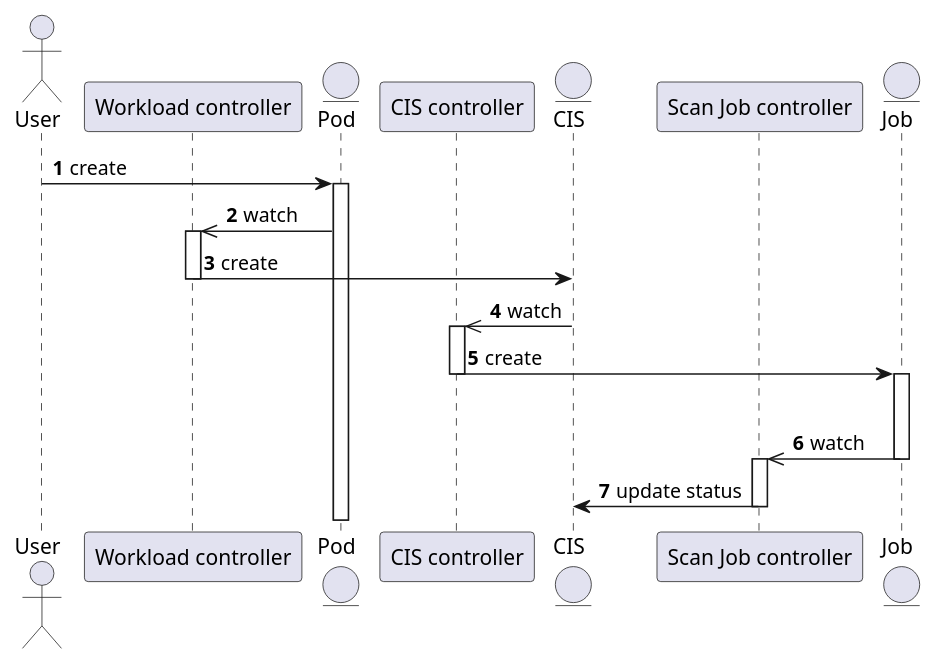
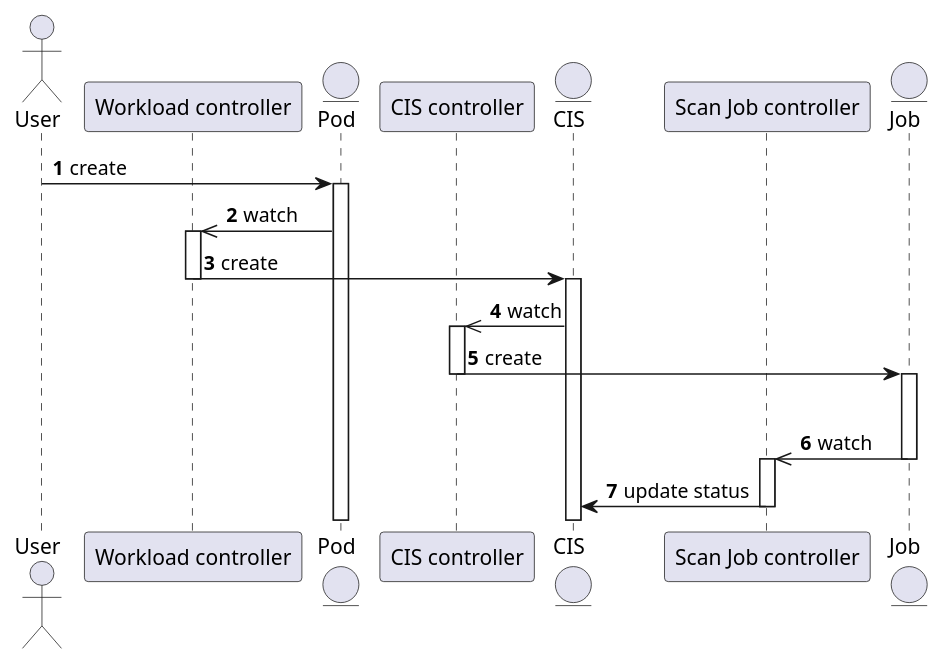
Before and after one commit to statnett/image-scanner-operator: the diagram in docs/scan-sequence.puml, drawn with PlantUML.

Commit message:
CIS lifecycle

```diff
--- a/docs/scan-sequence.puml
+++ b/docs/scan-sequence.puml
@@ -1,34 +1,35 @@
 @startuml
 autonumber
 
 actor       User       as user
 participant "Workload controller" as wc
 entity      Pod      as pod
 participant "CIS controller" as cc
 entity      CIS      as cis
 participant "Scan Job controller" as jc
 entity      Job      as job
 
 user -> pod : create
 activate pod 
 
 wc <<- pod : watch
 activate wc
 wc -> cis : create
 deactivate wc
+activate cis
 
 cc <<- cis : watch
 activate cc
 cc -> job : create
 deactivate cc
 activate job
 
 |||
 
 jc <<- job: watch
 deactivate job
 activate jc
 jc -> cis : update status
 deactivate jc
 
 @enduml
```
